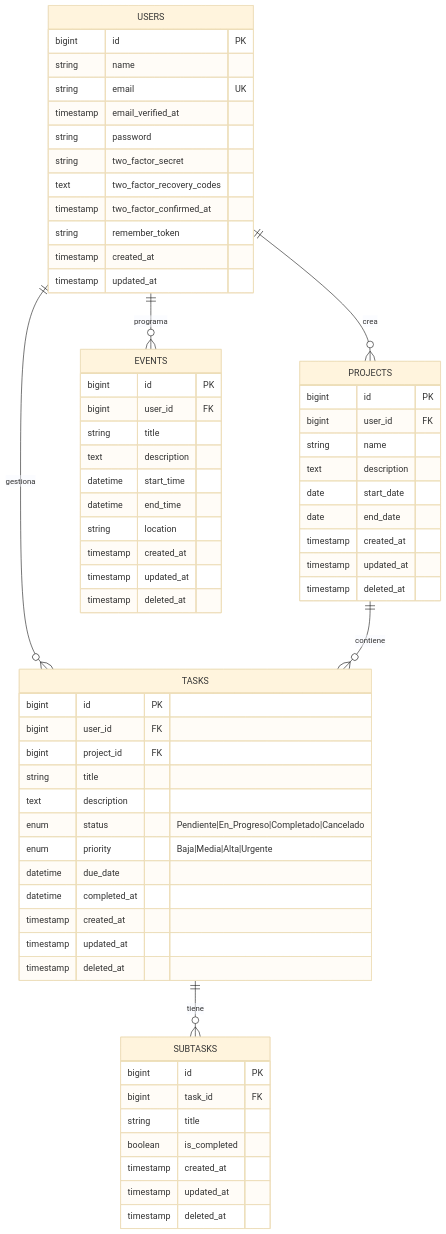
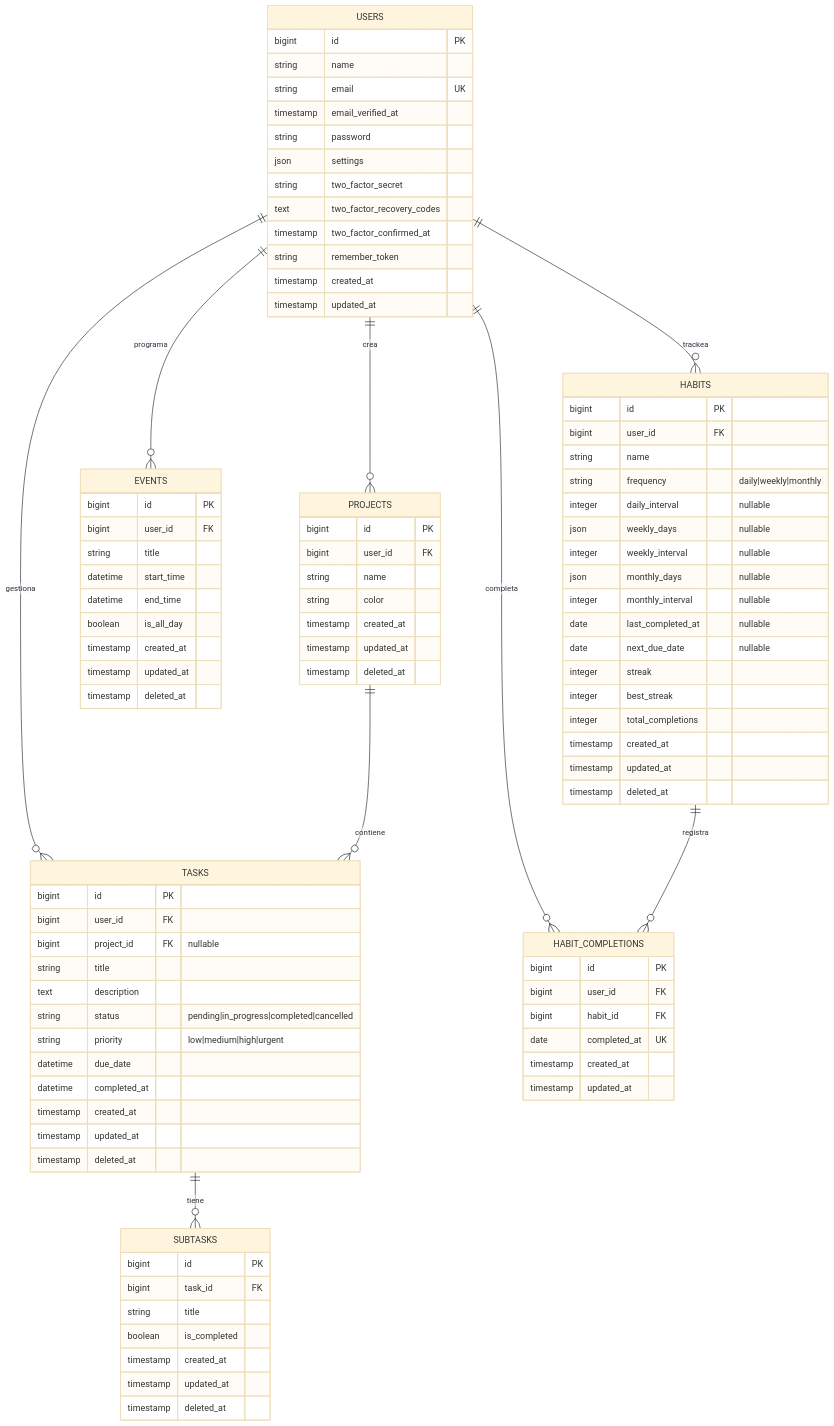
One commit to Pellegrini-Lucas/lumina changed the diagram in README.md. Above: the diagram before and after it, drawn with Mermaid (base theme). The commit also changed other lines of this file, not shown here.

Commit message:
docs: actualizar diagrama ER con tablas HABITS y HABIT_COMPLETIONS

````diff
--- a/README.md
+++ b/README.md
@@ -7,8 +7,11 @@
     USERS ||--o{ PROJECTS : "crea"
     USERS ||--o{ TASKS : "gestiona"
     USERS ||--o{ EVENTS : "programa"
+    USERS ||--o{ HABITS : "trackea"
+    USERS ||--o{ HABIT_COMPLETIONS : "completa"
     PROJECTS ||--o{ TASKS : "contiene"
     TASKS ||--o{ SUBTASKS : "tiene"
+    HABITS ||--o{ HABIT_COMPLETIONS : "registra"
 
     USERS {
         bigint id PK
@@ -16,6 +19,7 @@
         string email UK
         timestamp email_verified_at
         string password
+        json settings
         string two_factor_secret
         text two_factor_recovery_codes
         timestamp two_factor_confirmed_at
@@ -28,9 +32,7 @@
         bigint id PK
         bigint user_id FK
         string name
-        text description
-        date start_date
-        date end_date
+        string color
         timestamp created_at
         timestamp updated_at
         timestamp deleted_at
@@ -39,11 +41,11 @@
     TASKS {
         bigint id PK
         bigint user_id FK
-        bigint project_id FK
+        bigint project_id FK "nullable"
         string title
         text description
-        enum status "Pendiente|En_Progreso|Completado|Cancelado"
-        enum priority "Baja|Media|Alta|Urgente"
+        string status "pending|in_progress|completed|cancelled"
+        string priority "low|medium|high|urgent"
         datetime due_date
         datetime completed_at
         timestamp created_at
@@ -65,13 +67,41 @@
         bigint id PK
         bigint user_id FK
         string title
-        text description
         datetime start_time
         datetime end_time
-        string location
+        boolean is_all_day
         timestamp created_at
         timestamp updated_at
         timestamp deleted_at
     }
 
+    HABITS {
+        bigint id PK
+        bigint user_id FK
+        string name
+        string frequency "daily|weekly|monthly"
+        integer daily_interval "nullable"
+        json weekly_days "nullable"
+        integer weekly_interval "nullable"
+        json monthly_days "nullable"
+        integer monthly_interval "nullable"
+        date last_completed_at "nullable"
+        date next_due_date "nullable"
+        integer streak
+        integer best_streak
+        integer total_completions
+        timestamp created_at
+        timestamp updated_at
+        timestamp deleted_at
+    }
+
+    HABIT_COMPLETIONS {
+        bigint id PK
+        bigint user_id FK
+        bigint habit_id FK
+        date completed_at UK
+        timestamp created_at
+        timestamp updated_at
+    }
+
 ```
````
